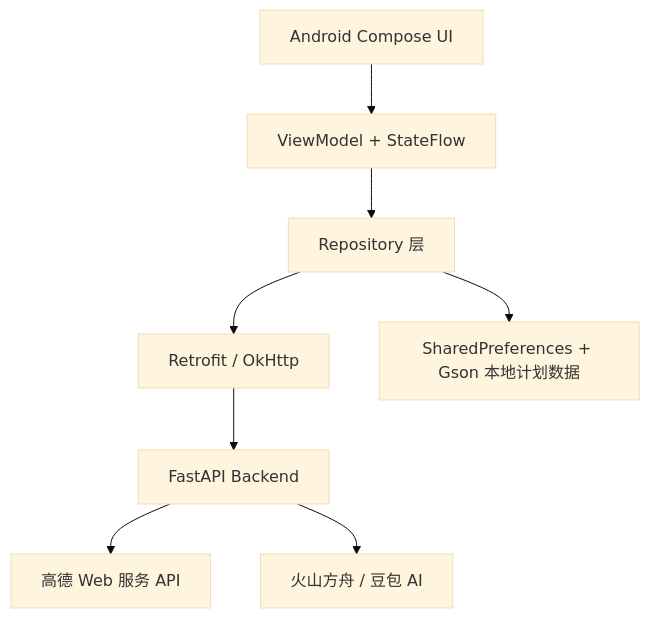
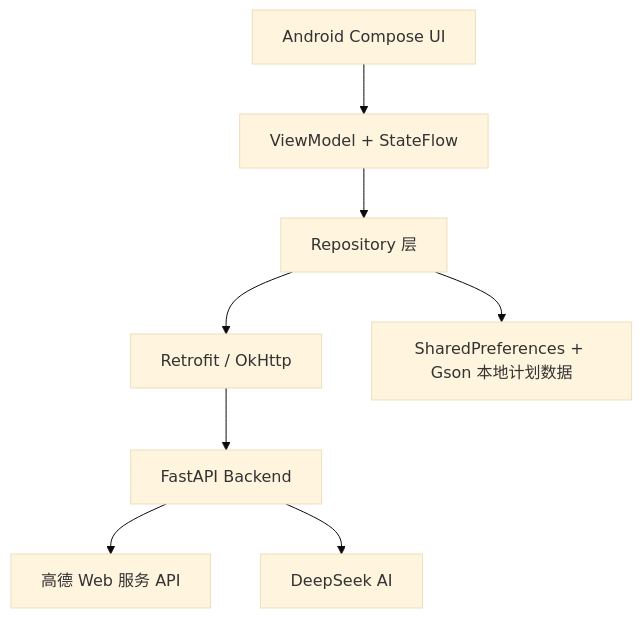
The diagram in README.md (Smile-hyc/travel-app), drawn with Mermaid (base theme) before and after one commit. The commit also changed other lines of this file and 25 other files, not shown here.

````diff
--- a/README.md
+++ b/README.md
@@ -72,10 +72,10 @@
 ```mermaid
 flowchart TD
     A["Android Compose UI"] --> B["ViewModel + StateFlow"]
     B --> C["Repository 层"]
     C --> D["Retrofit / OkHttp"]
     D --> E["FastAPI Backend"]
     E --> F["高德 Web 服务 API"]
-    E --> G["火山方舟 / 豆包 AI"]
+    E --> G["DeepSeek AI"]
     C --> H["SharedPreferences + Gson 本地计划数据"]
 ```
````
